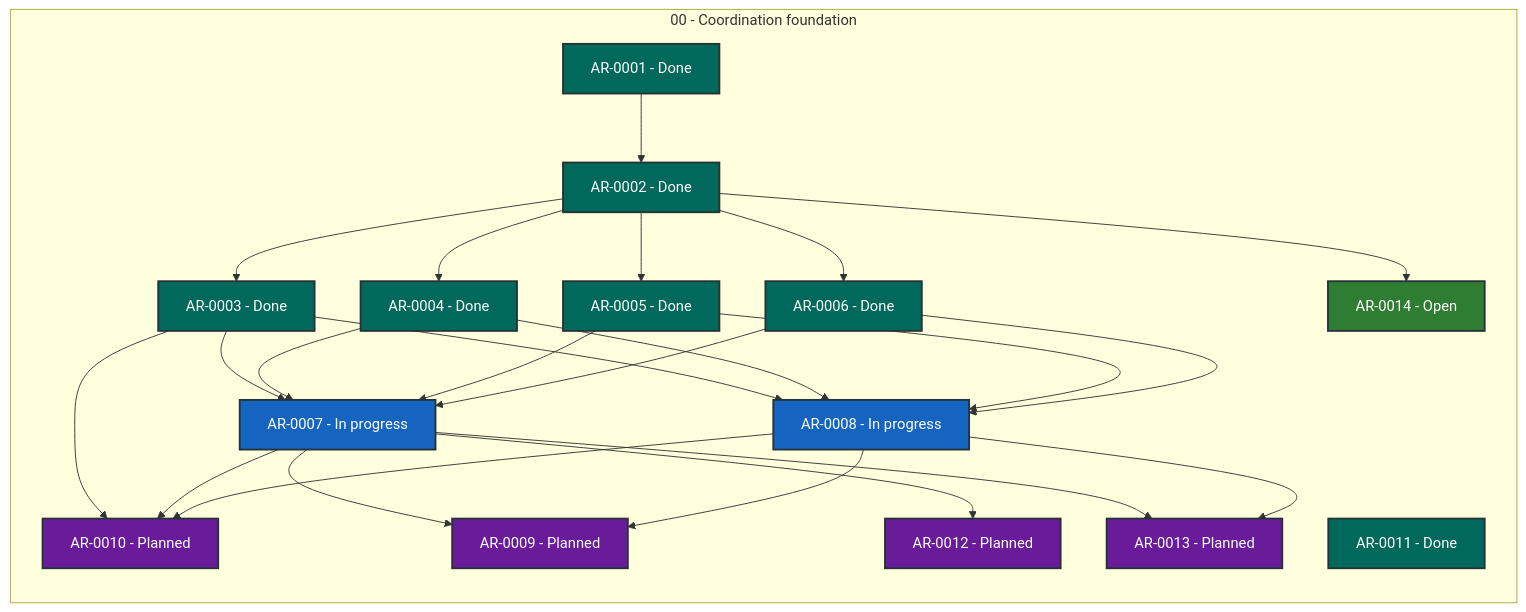
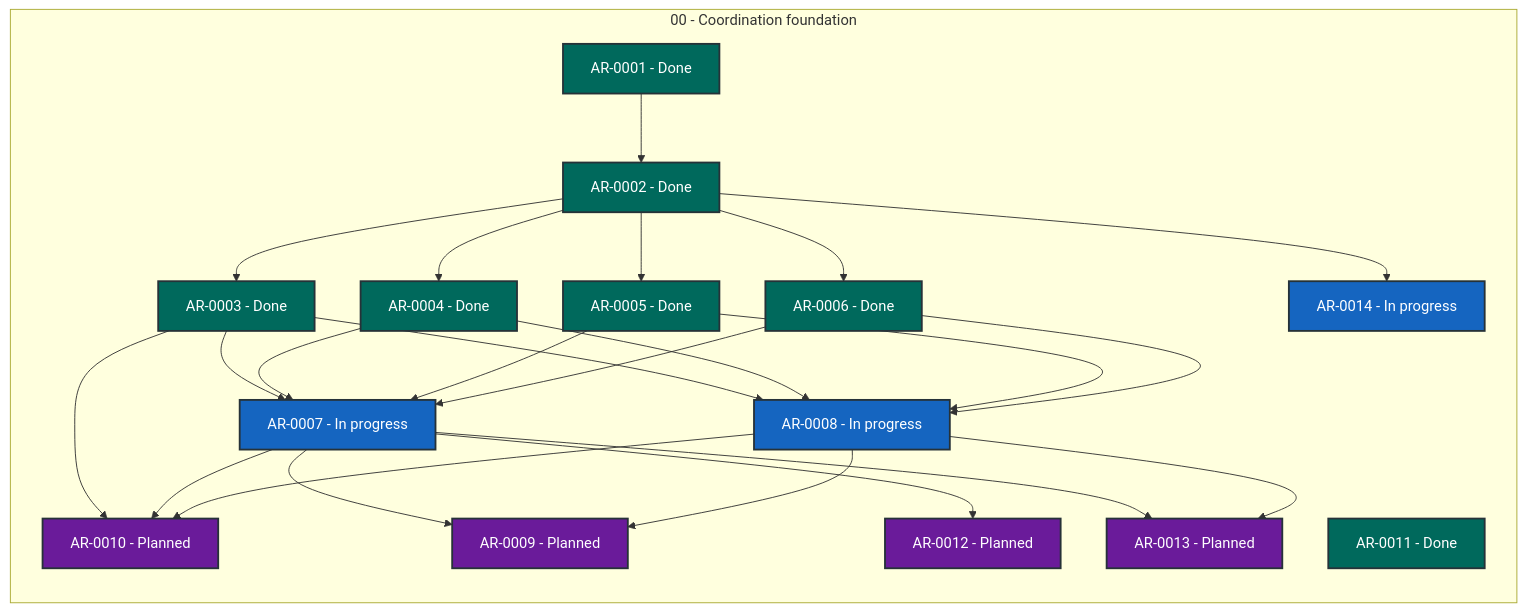
Before and after one commit to martin-beck/agent-workflow-coordinator-state: the diagram in STATUS.md, drawn with Mermaid. The commit also changed other lines of this file and 2 other files, not shown here.

````diff
--- a/STATUS.md
+++ b/STATUS.md
@@ -27,50 +27,50 @@
 ```mermaid
 flowchart LR
     subgraph series_00["00 - Coordination foundation"]
         direction TB
         AR_0001["AR-0001 - Done"]:::status_done
         AR_0002["AR-0002 - Done"]:::status_done
         AR_0003["AR-0003 - Done"]:::status_done
         AR_0004["AR-0004 - Done"]:::status_done
         AR_0005["AR-0005 - Done"]:::status_done
         AR_0006["AR-0006 - Done"]:::status_done
         AR_0007["AR-0007 - In progress"]:::status_in_progress
         AR_0008["AR-0008 - In progress"]:::status_in_progress
         AR_0009["AR-0009 - Planned"]:::status_planned
         AR_0010["AR-0010 - Planned"]:::status_planned
         AR_0011["AR-0011 - Done"]:::status_done
         AR_0012["AR-0012 - Planned"]:::status_planned
         AR_0013["AR-0013 - Planned"]:::status_planned
-        AR_0014["AR-0014 - Open"]:::status_open
+        AR_0014["AR-0014 - In progress"]:::status_in_progress
     end
     AR_0001 --> AR_0002
     AR_0002 --> AR_0003
     AR_0002 --> AR_0004
     AR_0002 --> AR_0005
     AR_0002 --> AR_0006
     AR_0002 --> AR_0014
     AR_0003 --> AR_0007
     AR_0003 --> AR_0008
     AR_0003 --> AR_0010
     AR_0004 --> AR_0007
     AR_0004 --> AR_0008
     AR_0005 --> AR_0007
     AR_0005 --> AR_0008
     AR_0006 --> AR_0007
     AR_0006 --> AR_0008
     AR_0007 --> AR_0009
     AR_0007 --> AR_0010
     AR_0007 --> AR_0012
     AR_0007 --> AR_0013
     AR_0008 --> AR_0009
     AR_0008 --> AR_0010
     AR_0008 --> AR_0013
     classDef status_in_progress fill:#1565c0,color:#ffffff,stroke:#263238,stroke-width:2px
     classDef status_open fill:#2e7d32,color:#ffffff,stroke:#263238,stroke-width:2px
     classDef status_blocked fill:#c62828,color:#ffffff,stroke:#263238,stroke-width:2px
     classDef status_planned fill:#6a1b9a,color:#ffffff,stroke:#263238,stroke-width:2px
     classDef status_future fill:#455a64,color:#ffffff,stroke:#263238,stroke-width:2px
     classDef status_done fill:#00695c,color:#ffffff,stroke:#263238,stroke-width:2px
     classDef status_cancelled fill:#616161,color:#ffffff,stroke:#263238,stroke-width:2px
     classDef status_superseded fill:#5d4037,color:#ffffff,stroke:#263238,stroke-width:2px
 ```
````
